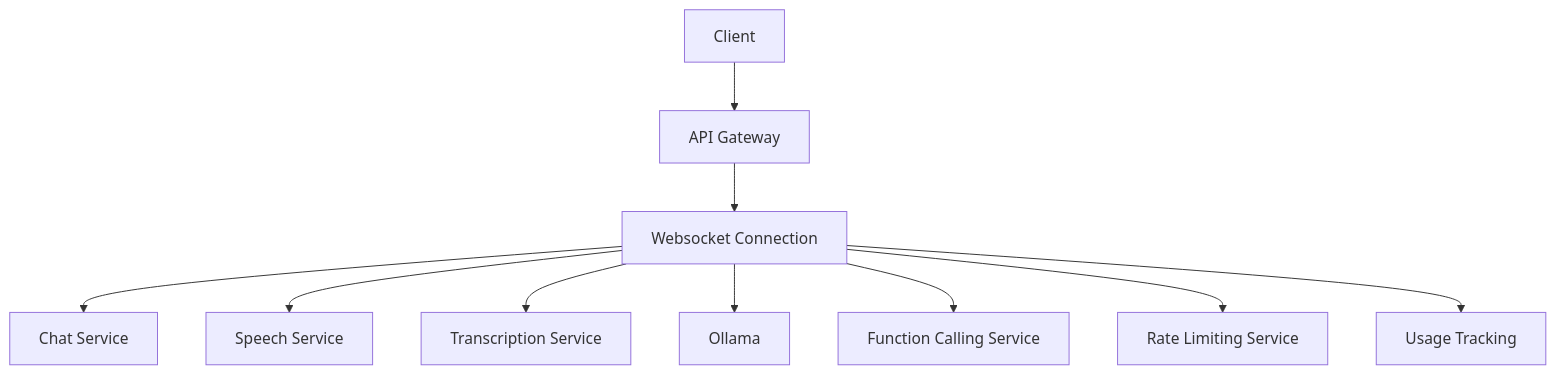
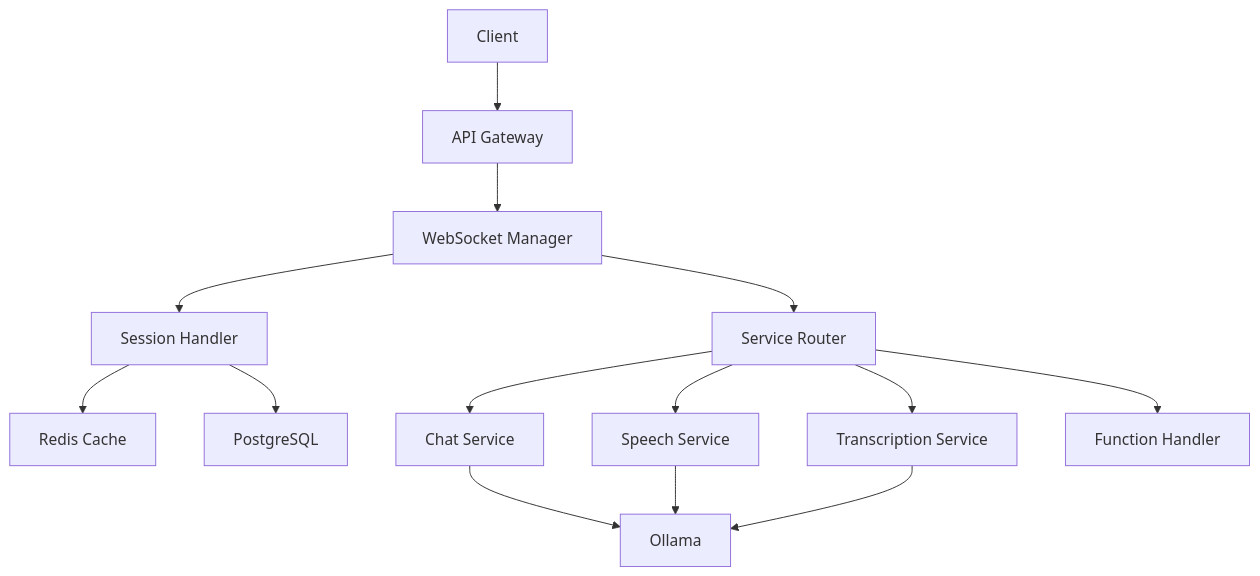
One commit to fofsinx/echoOLlama changed the diagram in README.md. Above: the diagram before and after it, drawn with Mermaid. The commit also changed other lines of this file, not shown here.

````diff
--- a/README.md
+++ b/README.md
@@ -35,11 +55,14 @@
 ```mermaid
 graph TD
-    A[Client] --> B[API Gateway] --> C[Websocket Connection] 
-    C --> D[Chat Service]
-    C --> E[Speech Service]
-    C --> F[Transcription Service]
-    C --> G[Ollama]
-    C --> H[Function Calling Service]
-    C --> I[Rate Limiting Service]
-    C --> J[Usage Tracking]
+    A[Client] --> B[API Gateway]
+    B --> C[WebSocket Manager]
+    C --> D[Session Handler]
+    D --> E[Redis Cache]
+    D --> F[PostgreSQL]
+    C --> G[Service Router]
+    G --> H[Chat Service]
+    G --> I[Speech Service]
+    G --> J[Transcription Service]
+    G --> K[Function Handler]
+    H & I & J --> L[Ollama]
 ```
````
